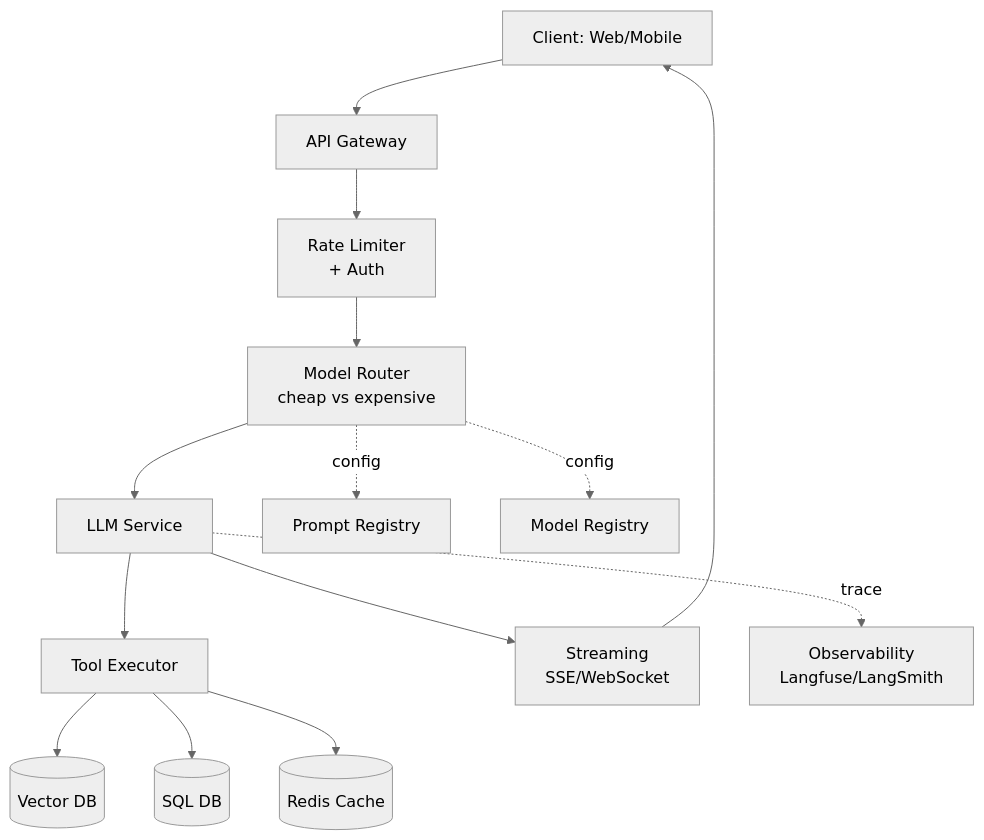
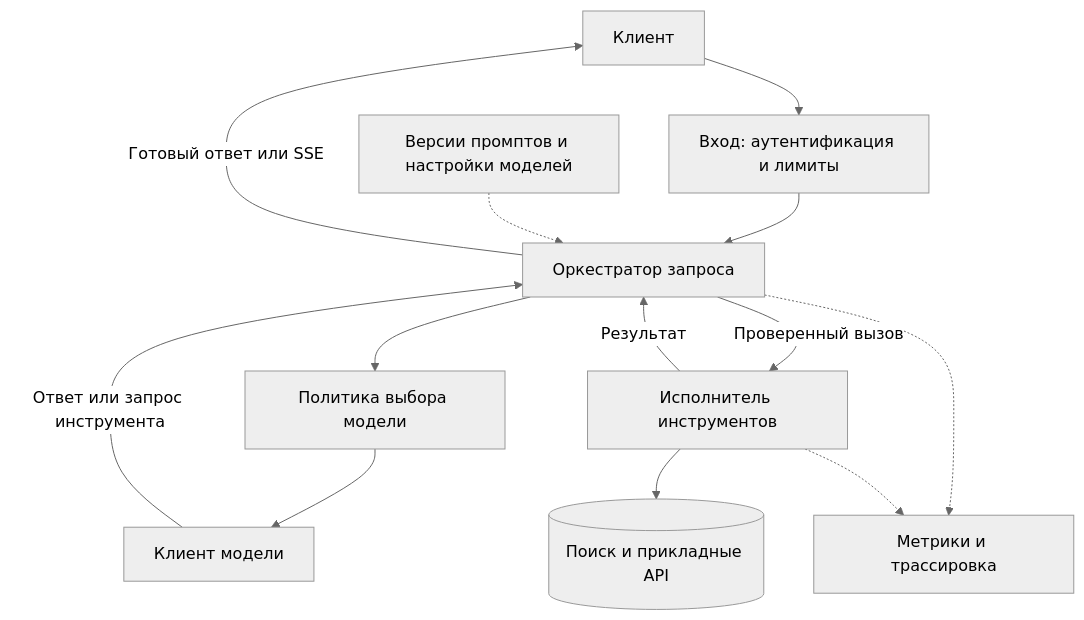
Before and after one commit to akeverus/cheat-sheet: the third of 10 diagrams in cheatsheets/interview/ai-ml/ai-application-architecture-interview.md, drawn with Mermaid (neutral theme). The commit also changed other lines of this file and 154 other files, not shown here.

````diff
--- a/cheatsheets/interview/ai-ml/ai-application-architecture-interview.md
+++ b/cheatsheets/interview/ai-ml/ai-application-architecture-interview.md
@@ -257,16 +189,15 @@
 ```mermaid
 flowchart TB
-    Client[Client: Web/Mobile] --> GW[API Gateway]
-    GW --> RL[Rate Limiter<br/>+ Auth]
-    RL --> Router[Model Router<br/>cheap vs expensive]
-    Router --> LLM[LLM Service]
-    LLM --> Tools[Tool Executor]
-    Tools --> Vec[(Vector DB)]
-    Tools --> SQL[(SQL DB)]
-    Tools --> Cache[(Redis Cache)]
-    LLM --> Stream[Streaming<br/>SSE/WebSocket]
-    Stream --> Client
-    LLM -.trace.-> Obs[Observability<br/>Langfuse/LangSmith]
-    Router -.config.-> PR[Prompt Registry]
-    Router -.config.-> MR[Model Registry]
+    Client[Клиент] --> GW[Вход: аутентификация и лимиты]
+    GW --> App[Оркестратор запроса]
+    App --> Router[Политика выбора модели]
+    Router --> LLM[Клиент модели]
+    LLM -->|Ответ или запрос инструмента| App
+    App -->|Проверенный вызов| Tools[Исполнитель инструментов]
+    Tools --> Data[(Поиск и прикладные API)]
+    Tools -->|Результат| App
+    App -->|Готовый ответ или SSE| Client
+    Config[Версии промптов и настройки моделей] -.-> App
+    App -.-> Obs[Метрики и трассировка]
+    Tools -.-> Obs
 ```
````
